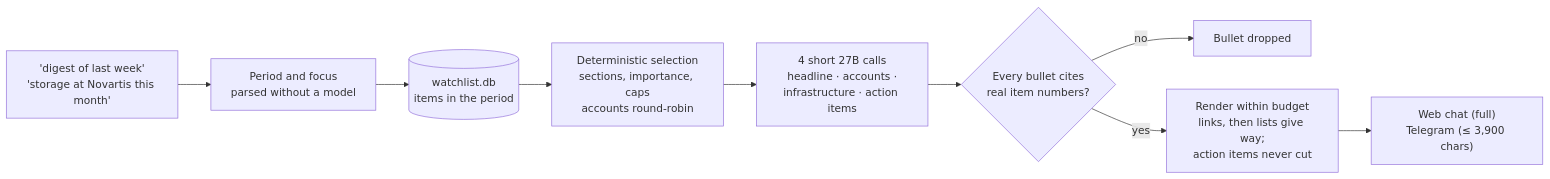
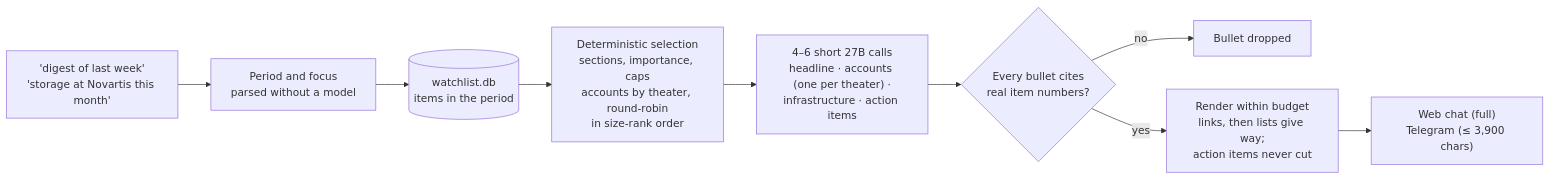
One commit to sebdallais-git/PharmaIT_Chat_and_Digest changed diagram 12 of 25 in README.md. Above: the diagram before and after it, drawn with Mermaid. The commit also changed other lines of this file and 6 other files, not shown here.

````diff
--- a/README.md
+++ b/README.md
@@ -842,11 +843,11 @@
 ```mermaid
 flowchart LR
     Q["'digest of last week'<br/>'storage at Novartis this month'"] --> P["Period and focus<br/>parsed without a model"]
     P --> S[("watchlist.db<br/>items in the period")]
-    S --> SEL["Deterministic selection<br/>sections, importance, caps<br/>accounts round-robin"]
-    SEL --> W["4 short 27B calls<br/>headline · accounts ·<br/>infrastructure · action items"]
+    S --> SEL["Deterministic selection<br/>sections, importance, caps<br/>accounts by theater, round-robin<br/>in size-rank order"]
+    SEL --> W["4–6 short 27B calls<br/>headline · accounts (one per theater) ·<br/>infrastructure · action items"]
     W --> V{"Every bullet cites<br/>real item numbers?"}
     V -- "no" --> DROP["Bullet dropped"]
     V -- "yes" --> R["Render within budget<br/>links, then lists give way;<br/>action items never cut"]
     R --> OUT["Web chat (full)<br/>Telegram (≤ 3,900 chars)"]
 ```
````
